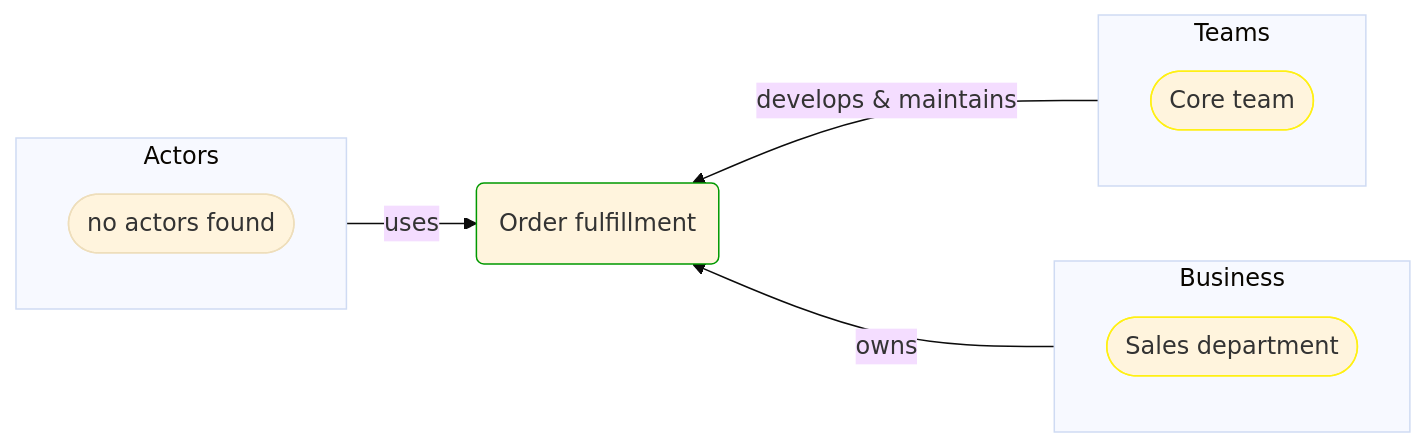
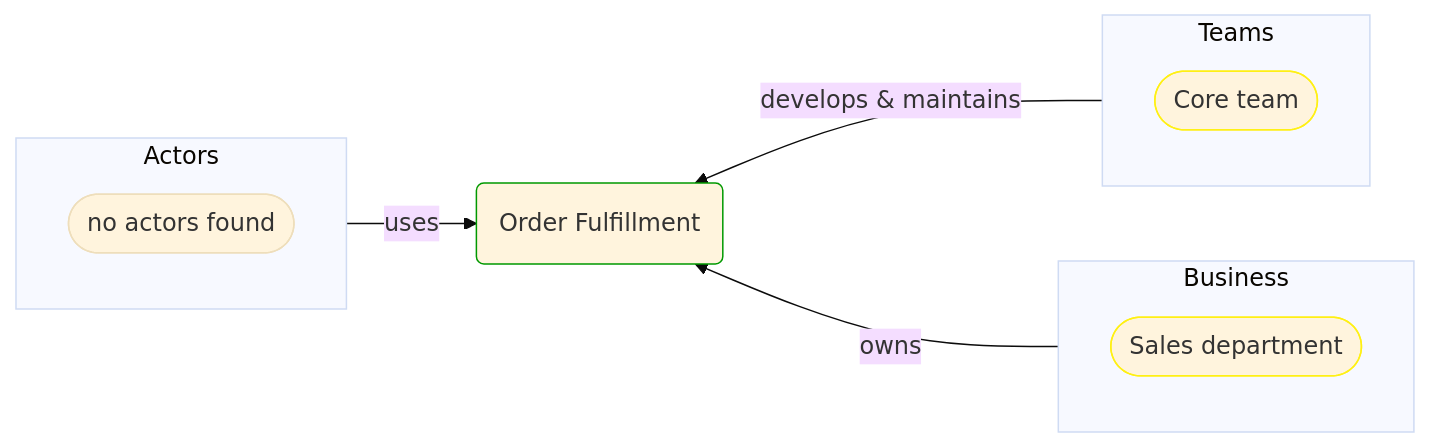
Before and after one commit to itlibrium/DDD-starter-dotnet: the fourth of 4 diagrams in Docs/P3/MermaidOutput/Domain/Processes/OrderFulfillment.md, drawn with Mermaid (base theme). The commit also changed other lines of this file and 237 other files, not shown here.

````diff
--- a/Docs/P3/MermaidOutput/Domain/Processes/OrderFulfillment.md
+++ b/Docs/P3/MermaidOutput/Domain/Processes/OrderFulfillment.md
@@ -69,30 +72,30 @@
 ```mermaid
   flowchart LR
     subgraph 0["Actors"]
       direction TB
       1([no actors found])
     end
-    2(Order fulfillment)
+    2(Order Fulfillment)
     class 2 DomainPerspective
     0-->|uses|2
     subgraph 3["Teams"]
       direction TB
       4([Core team])
       class 4 PeoplePerspective
     end
     2---3
     3-->|develops & maintains|2
     3---2
     subgraph 5["Business"]
       direction TB
       6([Sales department])
       class 6 PeoplePerspective
     end
     2---5
     5-->|owns|2
     5---2
     linkStyle 1,3,4,6 stroke:none
     classDef DomainPerspective stroke:#009900
     classDef TechnologyPerspective stroke:#1F41EB
     classDef PeoplePerspective stroke:#FFF014
 ```
````
